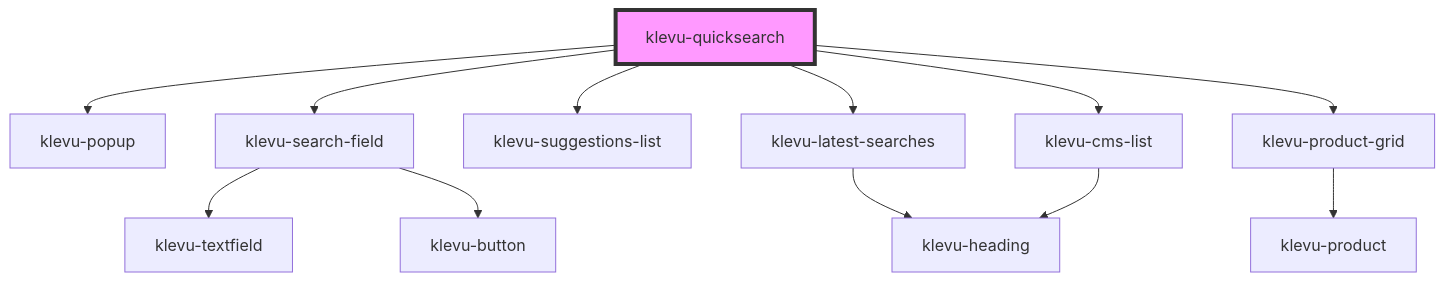
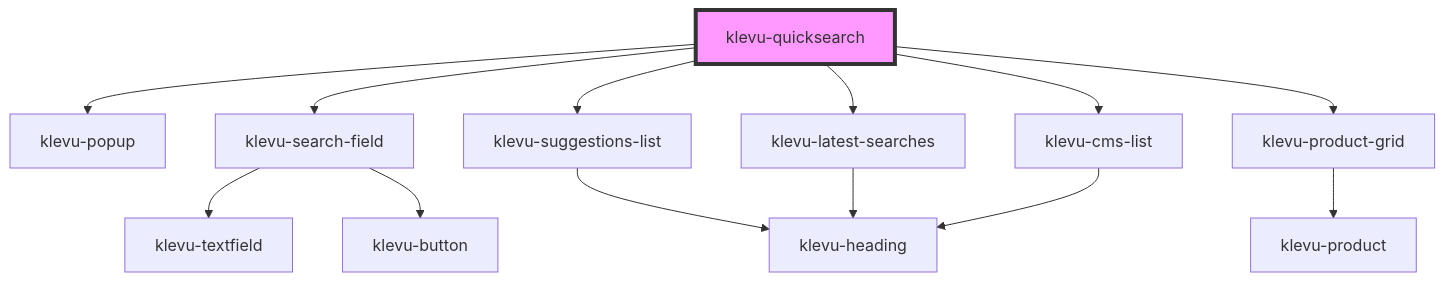
Before and after one commit to klevultd/frontend-sdk: the diagram in packages/klevu-ui/src/components/klevu-quicksearch/readme.md, drawn with Mermaid. The commit also changed 32 other files, not shown here.

````diff
--- a/packages/klevu-ui/src/components/klevu-quicksearch/readme.md
+++ b/packages/klevu-ui/src/components/klevu-quicksearch/readme.md
@@ -31,15 +31,16 @@
 ```mermaid
 graph TD;
   klevu-quicksearch --> klevu-popup
   klevu-quicksearch --> klevu-search-field
   klevu-quicksearch --> klevu-suggestions-list
   klevu-quicksearch --> klevu-latest-searches
   klevu-quicksearch --> klevu-cms-list
   klevu-quicksearch --> klevu-product-grid
   klevu-search-field --> klevu-textfield
   klevu-search-field --> klevu-button
+  klevu-suggestions-list --> klevu-heading
   klevu-latest-searches --> klevu-heading
   klevu-cms-list --> klevu-heading
   klevu-product-grid --> klevu-product
   style klevu-quicksearch fill:#f9f,stroke:#333,stroke-width:4px
 ```
````
